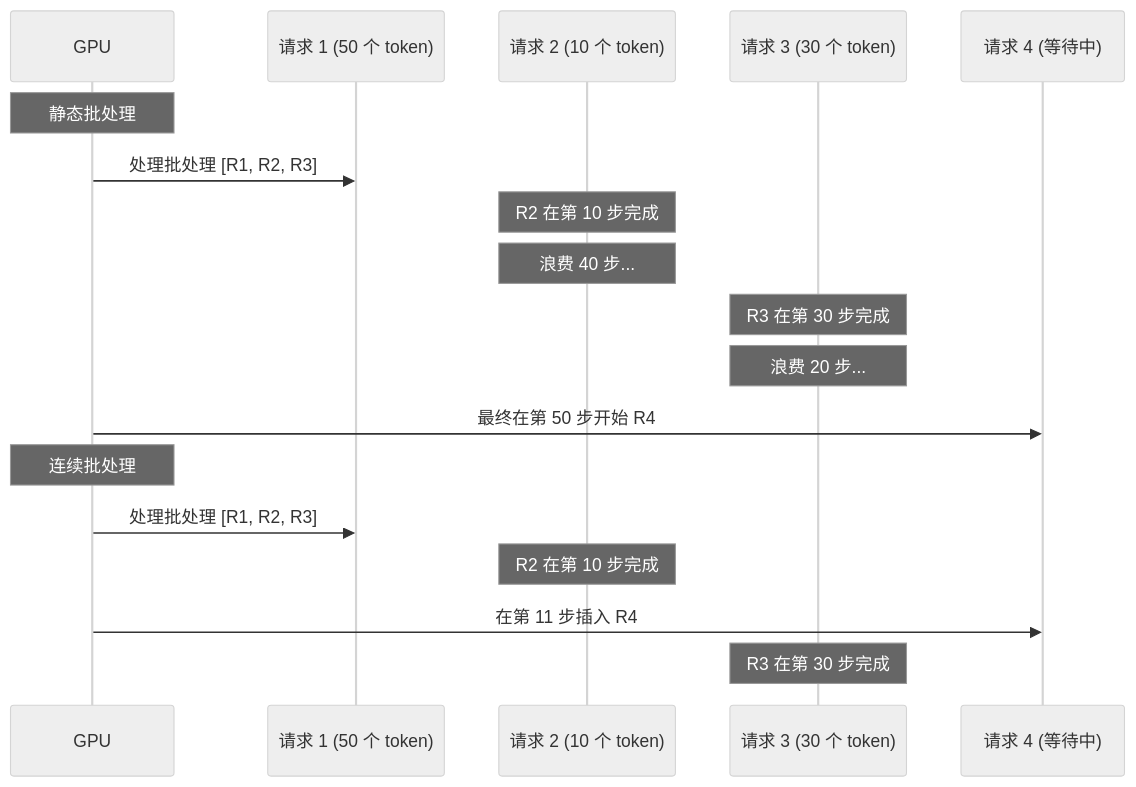
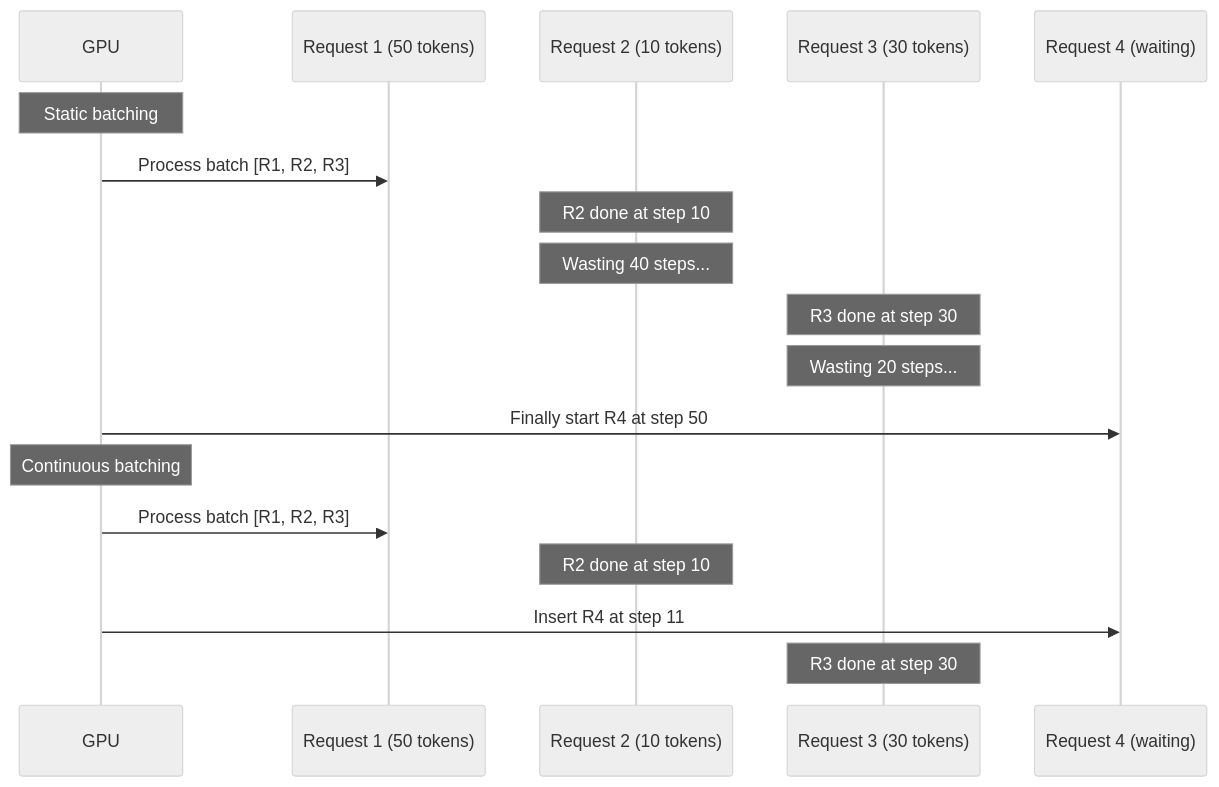
The third of 5 diagrams in i18n/zh/phases/10-llms-from-scratch/12-inference-optimization/docs/zh.md (xiaojiaenen/ai-engineering-from-scratch-zh), drawn with Mermaid (neutral theme) before and after one commit. The commit also changed other lines of this file and 24 other files, not shown here.

````diff
--- a/i18n/zh/phases/10-llms-from-scratch/12-inference-optimization/docs/zh.md
+++ b/i18n/zh/phases/10-llms-from-scratch/12-inference-optimization/docs/zh.md
@@ -105,22 +105,22 @@
 ```mermaid
 sequenceDiagram
     participant GPU
-    participant R1 as 请求 1 (50 个 token)
-    participant R2 as 请求 2 (10 个 token)
-    participant R3 as 请求 3 (30 个 token)
-    participant R4 as 请求 4 (等待中)
+    participant R1 as Request 1 (50 tokens)
+    participant R2 as Request 2 (10 tokens)
+    participant R3 as Request 3 (30 tokens)
+    participant R4 as Request 4 (waiting)
 
-    Note over GPU: 静态批处理
-    GPU->>R1: 处理批处理 [R1, R2, R3]
-    Note over R2: R2 在第 10 步完成
-    Note over R2: 浪费 40 步...
-    Note over R3: R3 在第 30 步完成
-    Note over R3: 浪费 20 步...
-    GPU->>R4: 最终在第 50 步开始 R4
+    Note over GPU: Static batching
+    GPU->>R1: Process batch [R1, R2, R3]
+    Note over R2: R2 done at step 10
+    Note over R2: Wasting 40 steps...
+    Note over R3: R3 done at step 30
+    Note over R3: Wasting 20 steps...
+    GPU->>R4: Finally start R4 at step 50
 
-    Note over GPU: 连续批处理
-    GPU->>R1: 处理批处理 [R1, R2, R3]
-    Note over R2: R2 在第 10 步完成
-    GPU->>R4: 在第 11 步插入 R4
-    Note over R3: R3 在第 30 步完成
+    Note over GPU: Continuous batching
+    GPU->>R1: Process batch [R1, R2, R3]
+    Note over R2: R2 done at step 10
+    GPU->>R4: Insert R4 at step 11
+    Note over R3: R3 done at step 30
 ```
````
